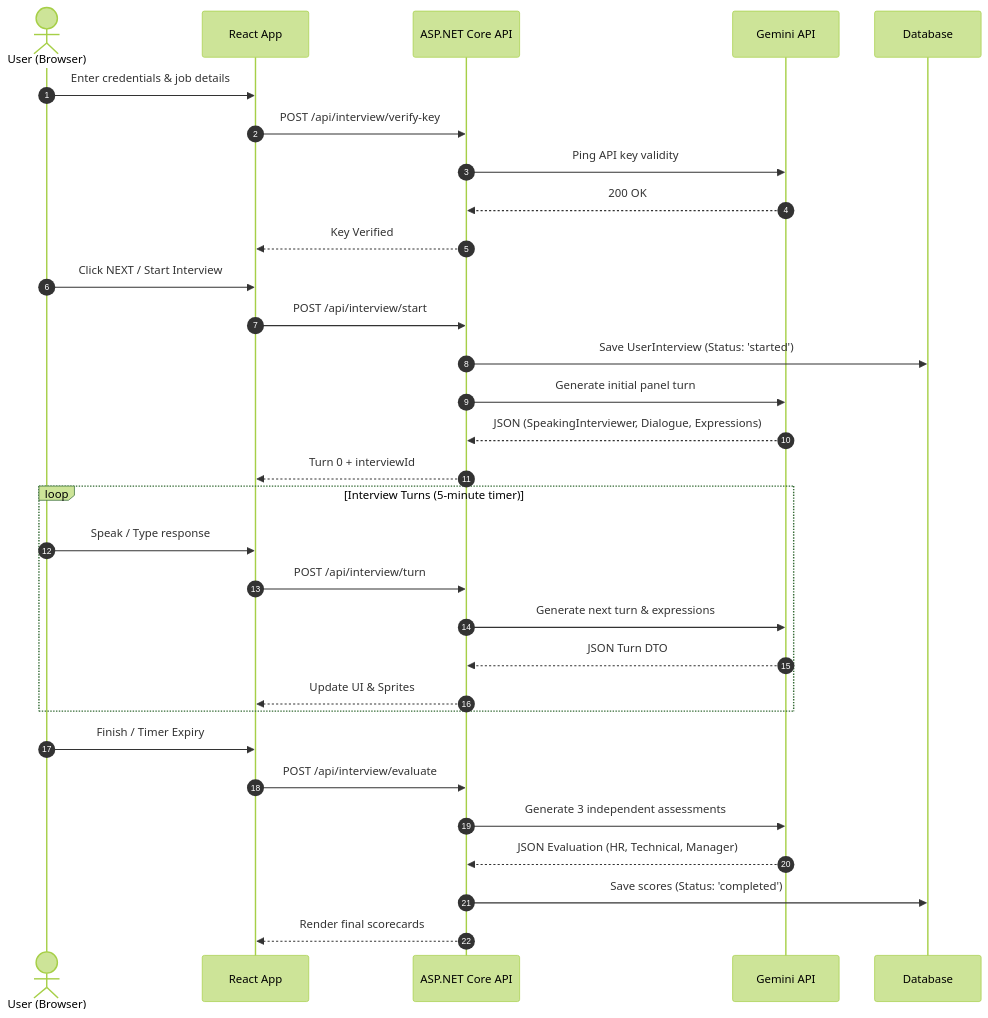
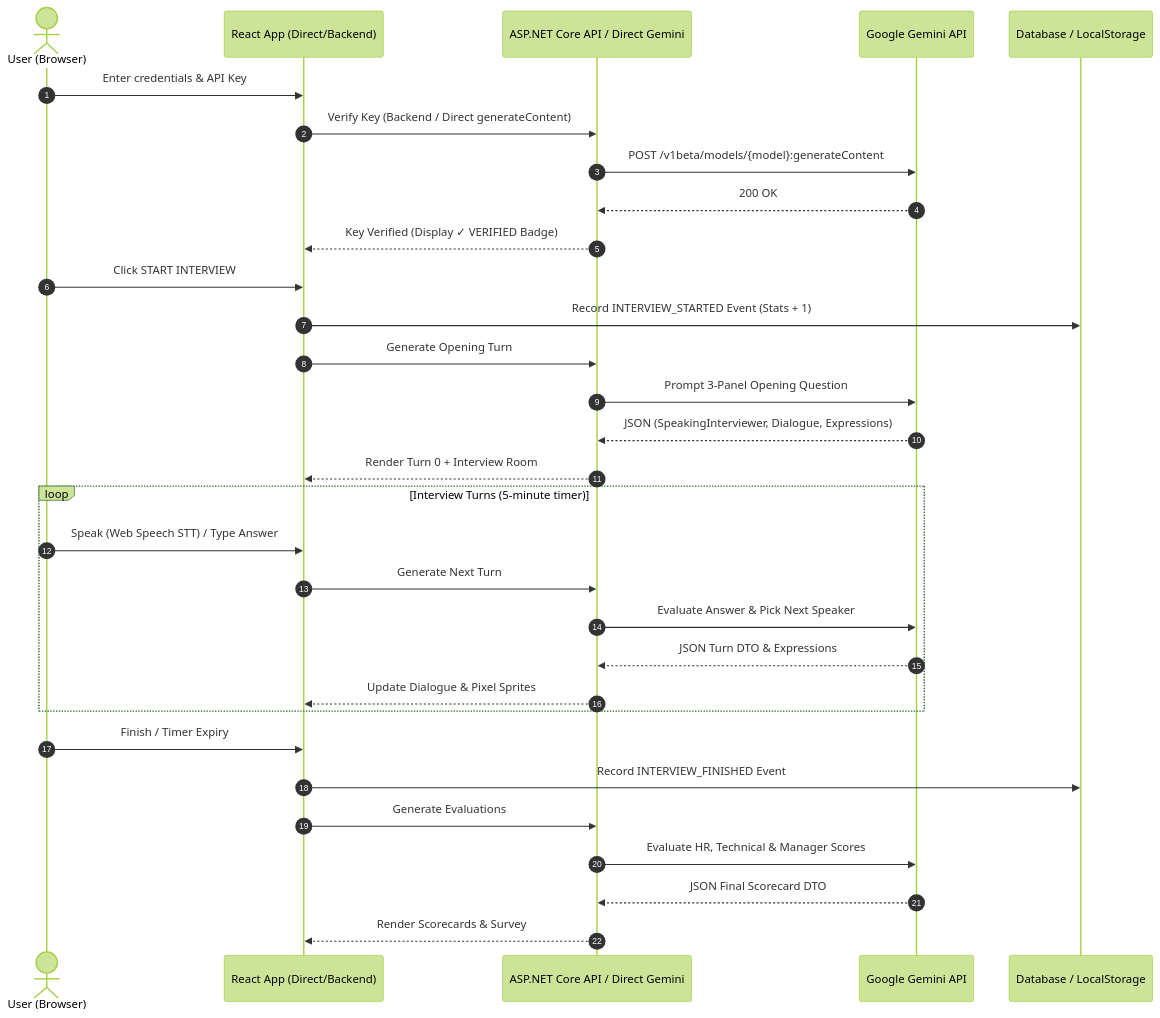
Before and after one commit to harsh7870297-png/TRIVE: the second of 2 diagrams in docs/Architecture.md, drawn with Mermaid (forest theme). The commit also changed other lines of this file and 8 other files, not shown here.

````diff
--- a/docs/Architecture.md
+++ b/docs/Architecture.md
@@ -86,37 +95,37 @@
 ```mermaid
 sequenceDiagram
     autonumber
     actor Candidate as User (Browser)
-    participant Front as React App
-    participant Back as ASP.NET Core API
-    participant Gem as Gemini API
-    participant DB as Database
+    participant Front as React App (Direct/Backend)
+    participant Back as ASP.NET Core API / Direct Gemini
+    participant Gem as Google Gemini API
+    participant DB as Database / LocalStorage
 
-    Candidate->>Front: Enter credentials & job details
-    Front->>Back: POST /api/interview/verify-key
-    Back->>Gem: Ping API key validity
+    Candidate->>Front: Enter credentials & API Key
+    Front->>Back: Verify Key (Backend / Direct generateContent)
+    Back->>Gem: POST /v1beta/models/{model}:generateContent
     Gem-->>Back: 200 OK
-    Back-->>Front: Key Verified
-    
-    Candidate->>Front: Click NEXT / Start Interview
-    Front->>Back: POST /api/interview/start
-    Back->>DB: Save UserInterview (Status: 'started')
-    Back->>Gem: Generate initial panel turn
+    Back-->>Front: Key Verified (Display ✓ VERIFIED Badge)
+
+    Candidate->>Front: Click START INTERVIEW
+    Front->>DB: Record INTERVIEW_STARTED Event (Stats + 1)
+    Front->>Back: Generate Opening Turn
+    Back->>Gem: Prompt 3-Panel Opening Question
     Gem-->>Back: JSON (SpeakingInterviewer, Dialogue, Expressions)
-    Back-->>Front: Turn 0 + interviewId
+    Back-->>Front: Render Turn 0 + Interview Room
 
     loop Interview Turns (5-minute timer)
-        Candidate->>Front: Speak / Type response
-        Front->>Back: POST /api/interview/turn
-        Back->>Gem: Generate next turn & expressions
-        Gem-->>Back: JSON Turn DTO
-        Back-->>Front: Update UI & Sprites
+        Candidate->>Front: Speak (Web Speech STT) / Type Answer
+        Front->>Back: Generate Next Turn
+        Back->>Gem: Evaluate Answer & Pick Next Speaker
+        Gem-->>Back: JSON Turn DTO & Expressions
+        Back-->>Front: Update Dialogue & Pixel Sprites
     end
 
     Candidate->>Front: Finish / Timer Expiry
-    Front->>Back: POST /api/interview/evaluate
-    Back->>Gem: Generate 3 independent assessments
-    Gem-->>Back: JSON Evaluation (HR, Technical, Manager)
-    Back->>DB: Save scores (Status: 'completed')
-    Back-->>Front: Render final scorecards
+    Front->>DB: Record INTERVIEW_FINISHED Event
+    Front->>Back: Generate Evaluations
+    Back->>Gem: Evaluate HR, Technical & Manager Scores
+    Gem-->>Back: JSON Final Scorecard DTO
+    Back-->>Front: Render Scorecards & Survey
 ```
````
